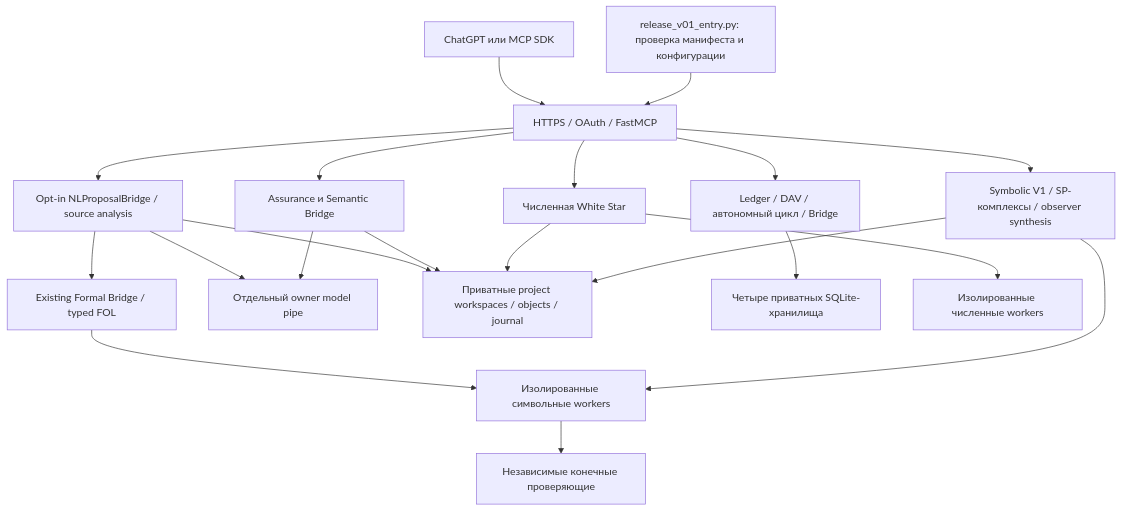
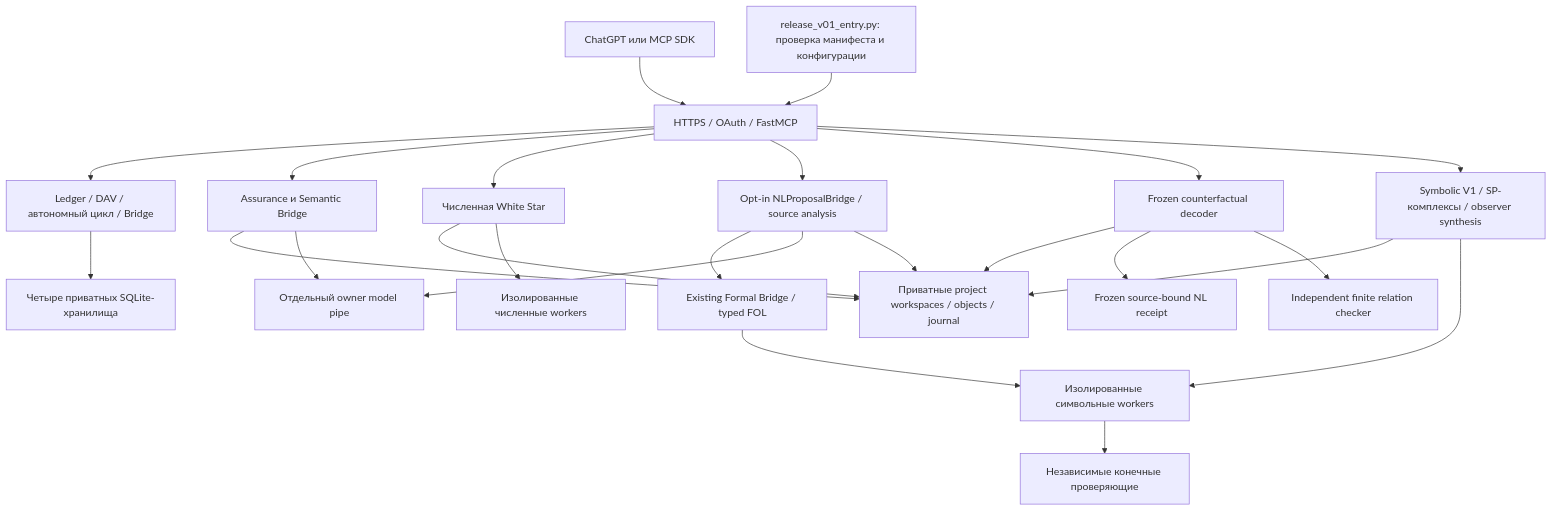
The first of 2 diagrams in ARCHITECTURE.md (catman77/LivingMath), drawn with Mermaid before and after one commit. The commit also changed other lines of this file and 63 other files, not shown here.

Commit message:
Add frozen causal NL decoding and real MCP acceptance

````diff
--- a/ARCHITECTURE.md
+++ b/ARCHITECTURE.md
@@ -10,22 +10,26 @@
 ```mermaid
 flowchart TD
     Client[ChatGPT или MCP SDK] --> Transport[HTTPS / OAuth / FastMCP]
     Entry[release_v01_entry.py: проверка манифеста и конфигурации] --> Transport
     Transport --> Legacy[Ledger / DAV / автономный цикл / Bridge]
     Transport --> Assurance[Assurance и Semantic Bridge]
     Transport --> Numeric[Численная White Star]
     Transport --> NL[Opt-in NLProposalBridge / source analysis]
+    Transport --> Causal[Frozen counterfactual decoder]
+    Causal --> Workspace
+    Causal --> Frozen[Frozen source-bound NL receipt]
+    Causal --> Finite[Independent finite relation checker]
     NL --> Formal[Existing Formal Bridge / typed FOL]
     NL --> Pipe
     NL --> Workspace
     Formal --> SymbolicWorkers
     Transport --> Symbolic[Symbolic V1 / SP-комплексы / observer synthesis]
     Legacy --> SQLite[Четыре приватных SQLite-хранилища]
     Assurance --> Workspace[Приватные project workspaces / objects / journal]
     Numeric --> Workspace
     Symbolic --> Workspace
     Assurance --> Pipe[Отдельный owner model pipe]
     Numeric --> NumericWorkers[Изолированные численные workers]
     Symbolic --> SymbolicWorkers[Изолированные символьные workers]
     SymbolicWorkers --> Checkers[Независимые конечные проверяющие]
 ```
````
